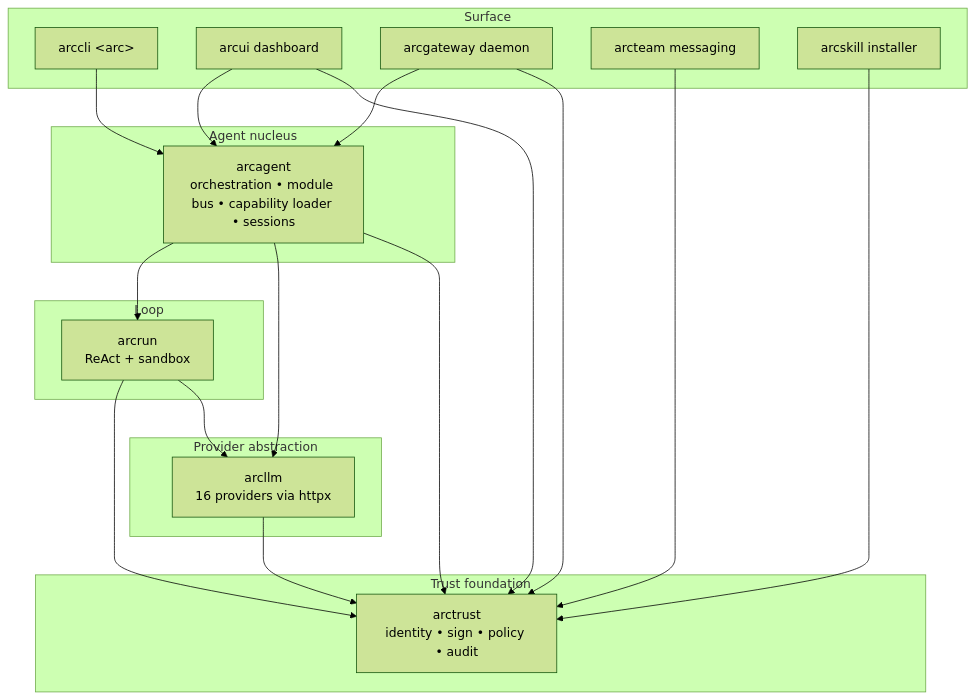
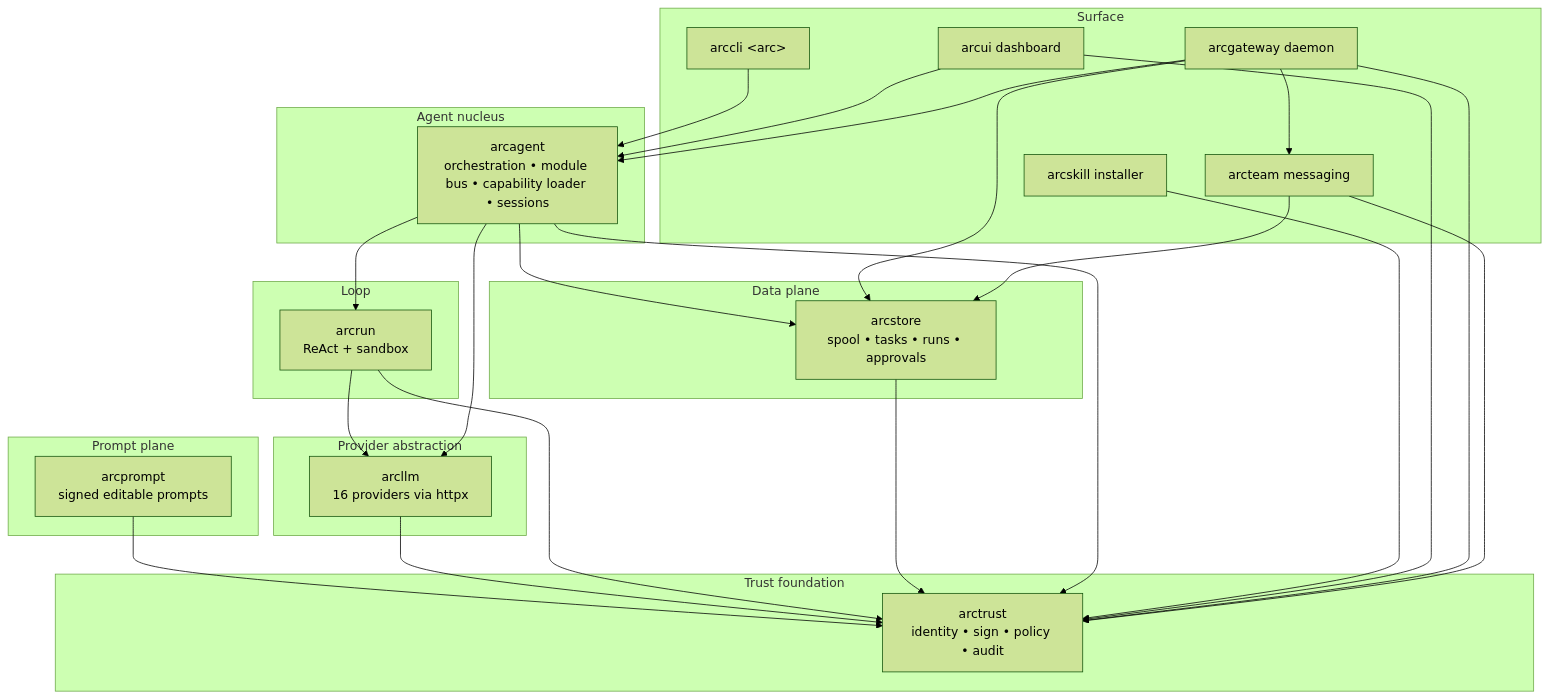
The first of 2 diagrams in .claude/steering/structure.md (joshuamschultz/Arc), drawn with Mermaid (forest theme) before and after one commit. The commit also changed other lines of this file and 8 other files, not shown here.

````diff
--- a/.claude/steering/structure.md
+++ b/.claude/steering/structure.md
@@ -33,40 +35,54 @@
 ```mermaid
 graph TB
     subgraph "Trust foundation"
         AT[arctrust<br/>identity • sign • policy • audit]
+    end
+
+    subgraph "Prompt plane"
+        AP[arcprompt<br/>signed editable prompts]
     end
 
     subgraph "Provider abstraction"
         AL[arcllm<br/>16 providers via httpx]
     end
 
     subgraph "Loop"
         AR[arcrun<br/>ReAct + sandbox]
+    end
+
+    subgraph "Data plane"
+        ASTORE[arcstore<br/>spool • tasks • runs • approvals]
     end
 
     subgraph "Agent nucleus"
         AA[arcagent<br/>orchestration • module bus • capability loader • sessions]
     end
 
     subgraph "Surface"
         AC[arccli &lt;arc&gt;]
         AU[arcui dashboard]
         AG[arcgateway daemon]
         ATM[arcteam messaging]
-        AS[arcskill installer]
+        ASK[arcskill installer]
     end
 
+    AP --> AT
     AL --> AT
     AR --> AT
     AR --> AL
+    ASTORE --> AT
     AA --> AR
     AA --> AL
     AA --> AT
-    AS --> AT
+    AA --> ASTORE
+    ASK --> AT
     AC --> AA
     AU --> AA
     AU --> AT
     AG --> AA
     AG --> AT
+    AG --> ASTORE
+    AG --> ATM
     ATM --> AT
+    ATM --> ASTORE
 ```
````
